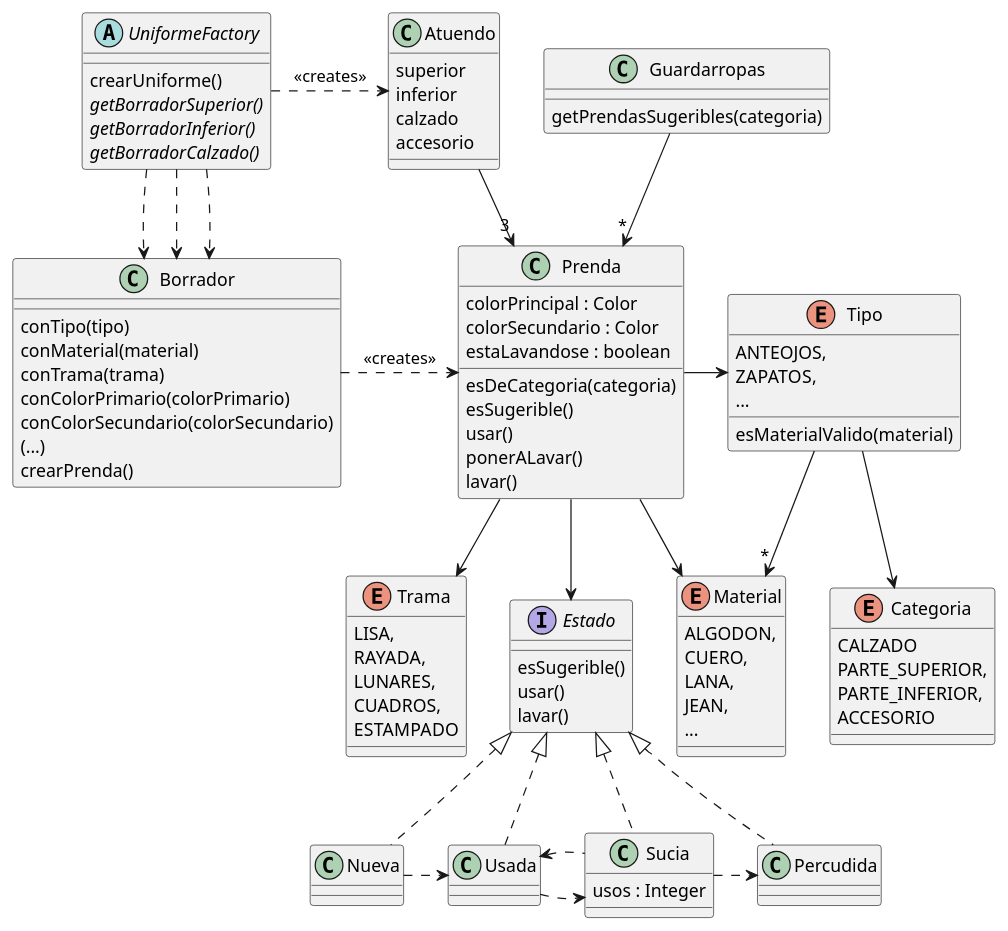
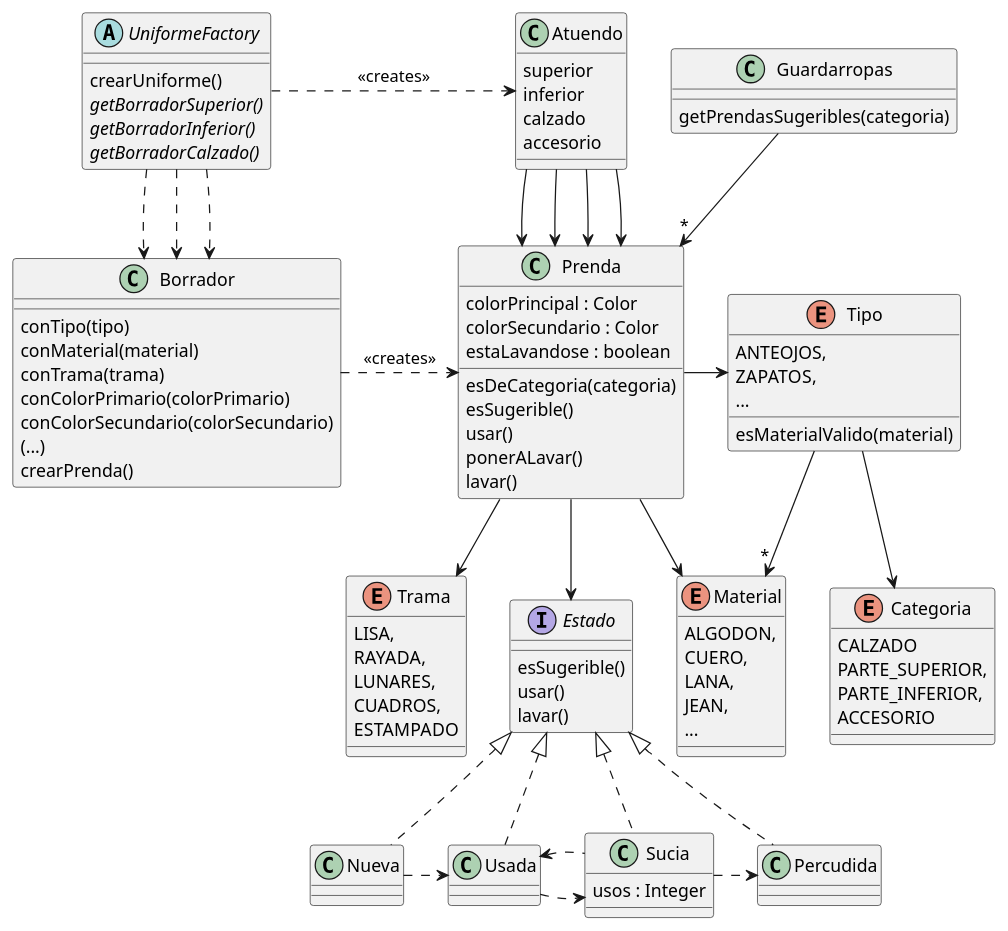
Before and after one commit to RaniAgus/dds-2022: the diagram in docs/diagramas/iteracion-3.puml, drawn with PlantUML.

Commit message:
corrijo iteracion-3.puml

```diff
--- a/docs/diagramas/iteracion-3.puml
+++ b/docs/diagramas/iteracion-3.puml
@@ -1,111 +1,114 @@
 @startuml iteracion-3
 
 class Guardarropas {
   getPrendasSugeribles(categoria)
 }
 
 Guardarropas --> "*" Prenda
 
 abstract UniformeFactory {
   crearUniforme()
   {abstract} getBorradorSuperior()
   {abstract} getBorradorInferior()
   {abstract} getBorradorCalzado()
 }
 
 UniformeFactory .right.> Atuendo : <<creates>>
 UniformeFactory ..> Borrador
 UniformeFactory ..> Borrador
 UniformeFactory ..> Borrador
 
 class Atuendo {
    superior
    inferior
    calzado
    accesorio
 }
 
-Atuendo --> "3" Prenda
+Atuendo --> Prenda
+Atuendo --> Prenda
+Atuendo --> Prenda
+Atuendo --> Prenda
 
 class Borrador {
   conTipo(tipo)
   conMaterial(material)
   conTrama(trama)
   conColorPrimario(colorPrimario)
   conColorSecundario(colorSecundario)
   (...)
   crearPrenda()
 }
 
 Borrador .right.> Prenda : <<creates>>
 
 class Prenda {
  colorPrincipal : Color
  colorSecundario : Color
  estaLavandose : boolean
  esDeCategoria(categoria)
  esSugerible()
  usar()
  ponerALavar()
  lavar()
 }
 
 Prenda -right-> Tipo
 Prenda --> Material
 Prenda --> Trama
 Prenda --> Estado
 
 enum Material {
   ALGODON,
   CUERO,
   LANA,
   JEAN,
   ...
 }
 
 enum Trama {
   LISA,
   RAYADA,
   LUNARES,
   CUADROS,
   ESTAMPADO
 }
 
 enum Tipo {
   ANTEOJOS,
   ZAPATOS,
   ...
   esMaterialValido(material)
 }
 
 Tipo --> "*" Material
 Tipo --> Categoria
 
 enum Categoria {
   CALZADO
   PARTE_SUPERIOR,
   PARTE_INFERIOR,
   ACCESORIO
 }
 
 interface Estado {
  esSugerible()
  usar()
  lavar()
 }
 
 Estado <|.. Nueva
 Estado <|.. Usada
 Estado <|.. Sucia
 Estado <|.. Percudida
 
 Nueva .right.> Usada
 Usada .right.> Sucia
 Sucia .left.> Usada
 Sucia .right.> Percudida
 
 class Sucia {
   usos : Integer
 }
 
 @enduml
```
